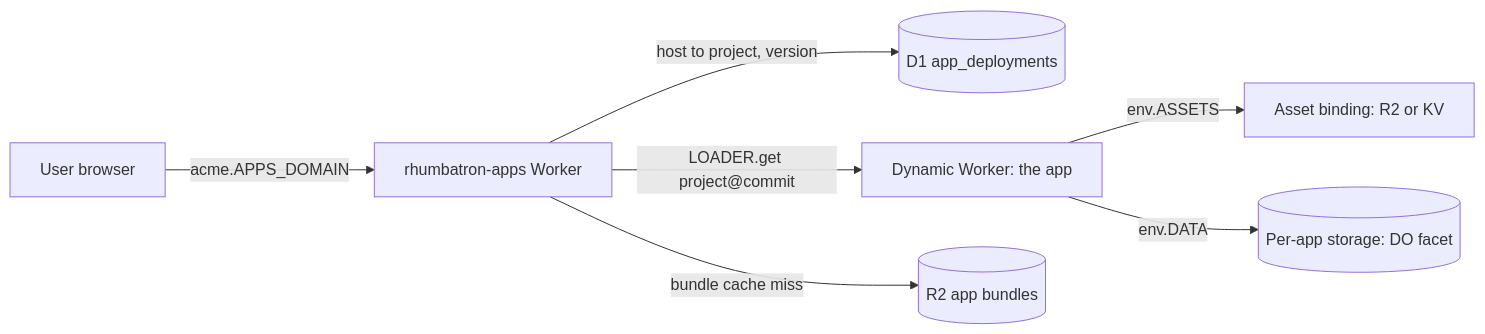
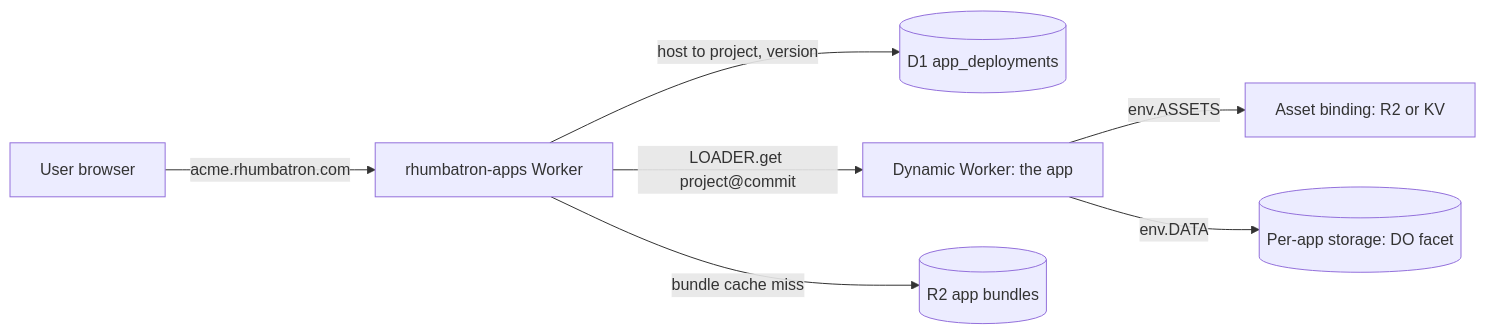
Before and after one commit to nsudhanva/rhumbatron: the first of 3 diagrams in docs/plans/phase-16-live-apps.md, drawn with Mermaid. The commit also changed other lines of this file, not shown here.

Commit message:
docs(docs): use rhumbatron.com subdomains and fake identity for live apps

````diff
--- a/docs/plans/phase-16-live-apps.md
+++ b/docs/plans/phase-16-live-apps.md
@@ -72,9 +72,9 @@
 ```mermaid
 flowchart LR
-  user[User browser] -->|acme.APPS_DOMAIN| router[rhumbatron-apps Worker]
+  user[User browser] -->|acme.rhumbatron.com| router[rhumbatron-apps Worker]
   router -->|host to project, version| d1[(D1 app_deployments)]
   router -->|LOADER.get project@commit| dyn[Dynamic Worker: the app]
   dyn -->|env.ASSETS| assets[Asset binding: R2 or KV]
   dyn -->|env.DATA| facet[(Per-app storage: DO facet)]
   router -->|bundle cache miss| r2[(R2 app bundles)]
 ```
````
